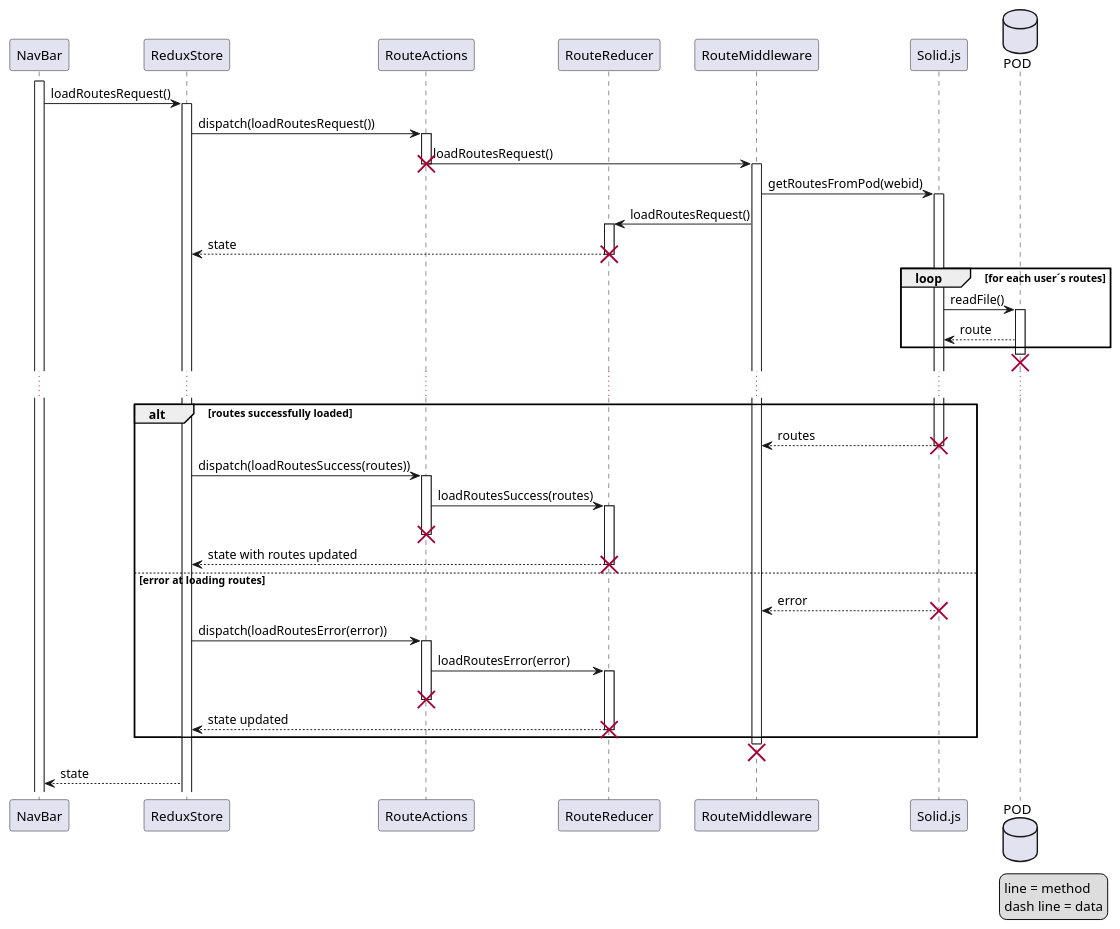
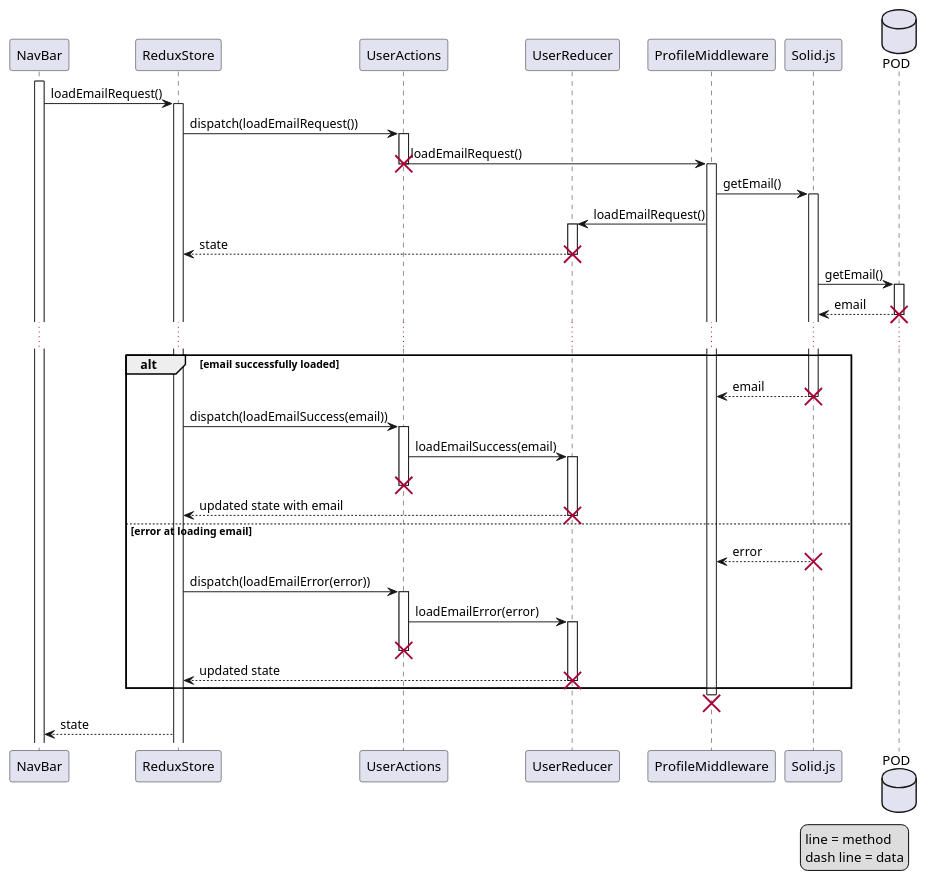
The diagram in src/docs/diagrams/06_SD_LoadEmail.puml (Arquisoft/viade_en1b), drawn with PlantUML before and after one commit. The commit also changed 1 other file, not shown here.

Commit message:
Load email

```diff
--- a/src/docs/diagrams/06_SD_LoadEmail.puml
+++ b/src/docs/diagrams/06_SD_LoadEmail.puml
@@ -3,60 +3,58 @@
 @startuml
 
 participant NavBar as nb 
 participant ReduxStore as rs 
-participant RouteActions as ra 
-participant RouteReducer as rr 
-participant RouteMiddleware as rm 
+participant UserActions as ra 
+participant UserReducer as rr 
+participant ProfileMiddleware as rm 
 participant Solid.js as s 
 database POD as p
 
 activate nb
-nb -> rs: loadRoutesRequest()
+nb -> rs: loadEmailRequest()
 activate rs
-rs -> ra: dispatch(loadRoutesRequest())
+rs -> ra: dispatch(loadEmailRequest())
 activate ra
-ra -> rm: loadRoutesRequest()
+ra -> rm: loadEmailRequest()
 destroy ra
 activate rm
-rm -> s: getRoutesFromPod(webid)
+rm -> s: getEmail()
 activate s
-rm -> rr: loadRoutesRequest()
+rm -> rr: loadEmailRequest()
 activate rr
 rr --> rs: state
 destroy rr
-loop for each user´s routes
-    s -> p: readFile()
-    activate p
-    p --> s: route
-end
+s -> p: getEmail()
+activate p
+p --> s: email
 destroy p
 ...
-alt routes successfully loaded
-s --> rm: routes
+alt email successfully loaded
+s --> rm: email
 destroy s
-rs -> ra: dispatch(loadRoutesSuccess(routes))
+rs -> ra: dispatch(loadEmailSuccess(email))
 activate ra
-ra -> rr: loadRoutesSuccess(routes)
+ra -> rr: loadEmailSuccess(email)
 activate rr
 destroy ra
-rr --> rs: state with routes updated
+rr --> rs: updated state with email
 destroy rr
-else error at loading routes
+else error at loading email
 s --> rm: error
 destroy s
-rs -> ra: dispatch(loadRoutesError(error))
+rs -> ra: dispatch(loadEmailError(error))
 activate ra
-ra -> rr: loadRoutesError(error)
+ra -> rr: loadEmailError(error)
 activate rr
 destroy ra
-rr --> rs: state updated
+rr --> rs: updated state
 destroy rr
 end
 destroy rm
 rs --> nb: state
 legend right
 line = method
 dash line = data
 endlegend
 
 @enduml
```
